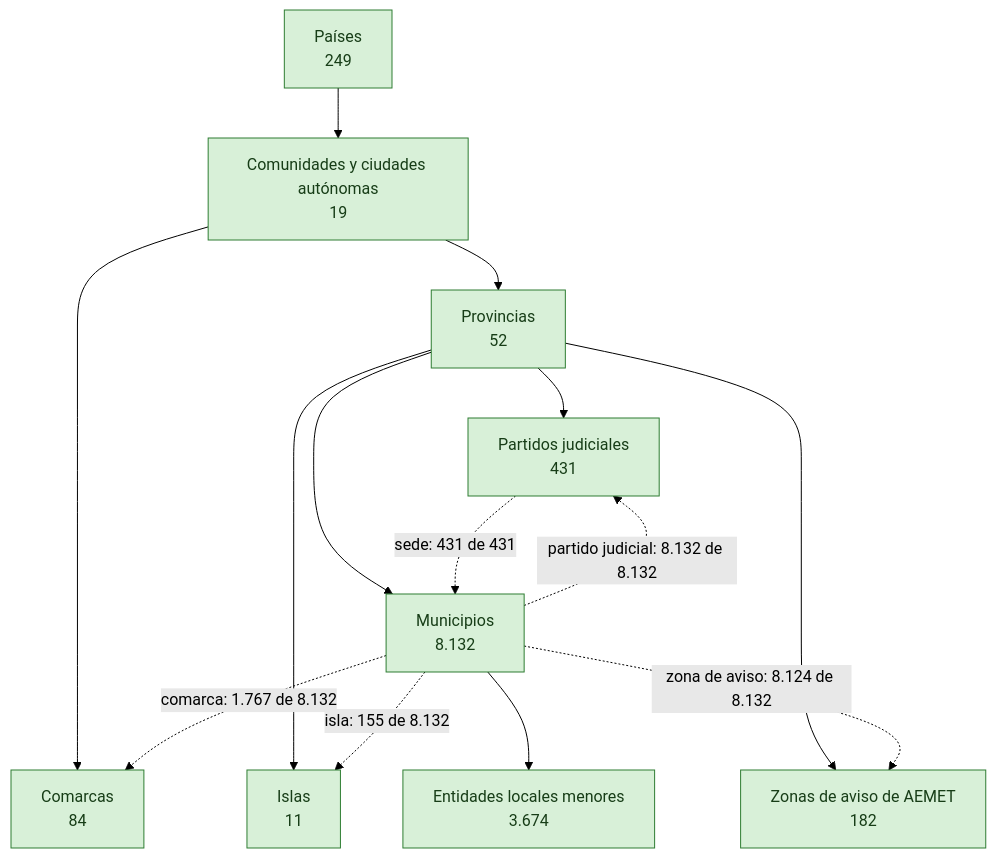
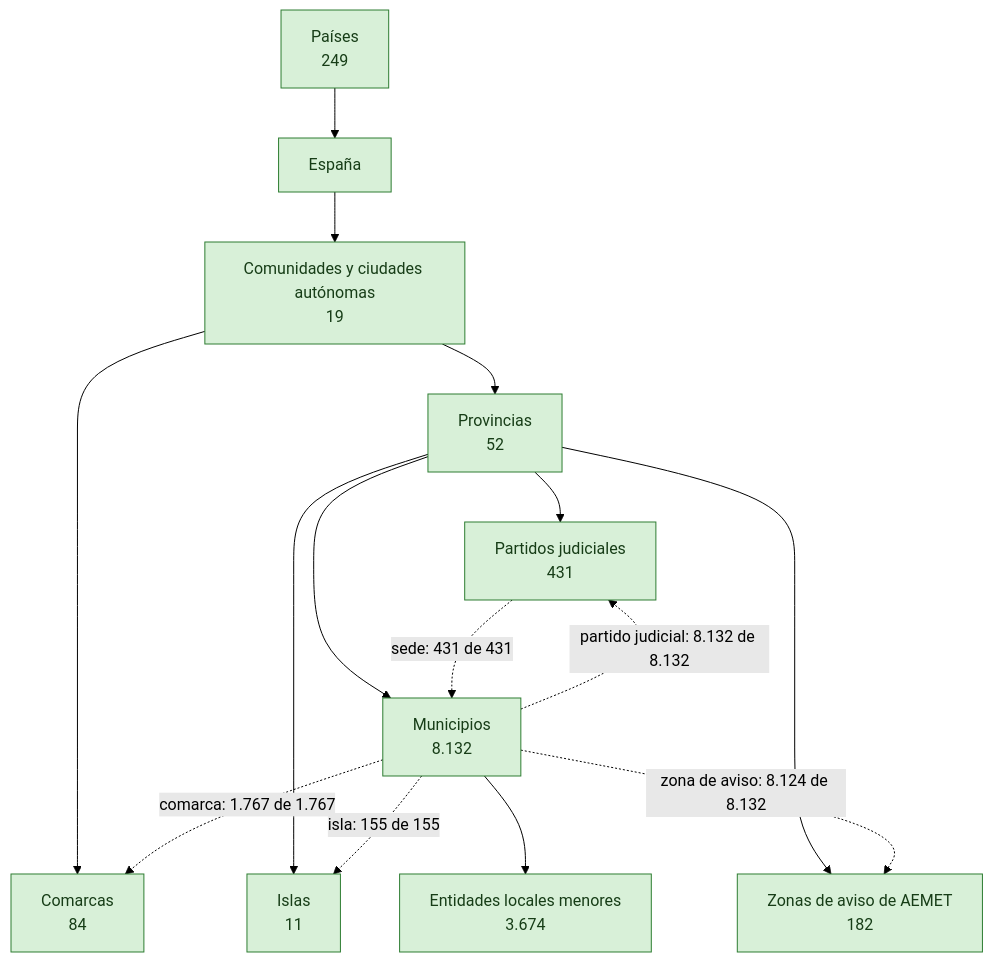
The first of 6 diagrams in docs/estado.md (alertapublica/territorios-es), drawn with Mermaid (forest theme) before and after one commit. The commit also changed other lines of this file and 6 other files, not shown here.

````diff
--- a/docs/estado.md
+++ b/docs/estado.md
@@ -15,29 +15,31 @@
 ```mermaid
 flowchart TB
   accTitle: Territorios
   autonomous_community["Comunidades y ciudades autónomas<br>19"]:::done
   province["Provincias<br>52"]:::done
   municipality["Municipios<br>8.132"]:::done
   island["Islas<br>11"]:::done
   judicial_district["Partidos judiciales<br>431"]:::done
   warning_zone["Zonas de aviso de AEMET<br>182"]:::done
   comarca["Comarcas<br>84"]:::done
   minor_local_entity["Entidades locales menores<br>3.674"]:::done
   country["Países<br>249"]:::done
   autonomous_community --> comarca
   autonomous_community --> province
-  country --> autonomous_community
   municipality --> minor_local_entity
   province --> island
   province --> judicial_district
   province --> municipality
   province --> warning_zone
+  pais_ES["España"]:::done
+  country --> pais_ES
+  pais_ES --> autonomous_community
   judicial_district -.->|"sede: 431 de 431"| municipality
-  municipality -.->|"comarca: 1.767 de 8.132"| comarca
-  municipality -.->|"isla: 155 de 8.132"| island
+  municipality -.->|"comarca: 1.767 de 1.767"| comarca
+  municipality -.->|"isla: 155 de 155"| island
   municipality -.->|"partido judicial: 8.132 de 8.132"| judicial_district
   municipality -.->|"zona de aviso: 8.124 de 8.132"| warning_zone
   classDef done fill:#d8f0d8,stroke:#2e7d32,color:#173d17
   classDef todo fill:#fdecc8,stroke:#b26a00,color:#4a2c00,stroke-dasharray:4 3
   classDef box fill:#e6eef8,stroke:#3b6ea8,color:#14304f
 ```
````
